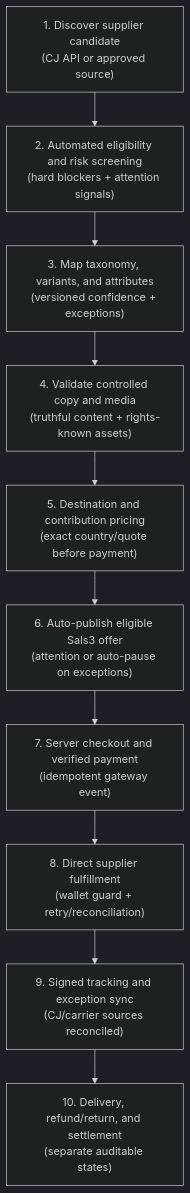
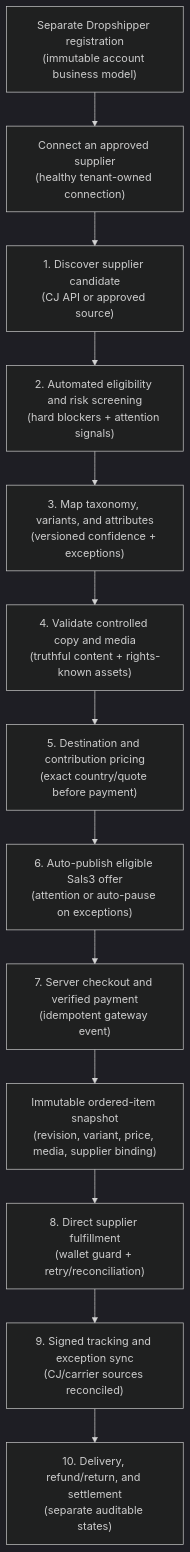
Before and after one commit to Sals3-Official/sals3-ecommerce: the first of 3 diagrams in docs/Wiki/wiki/sals3-end-to-end-process-flow.md, drawn with Mermaid (dark theme). The commit also changed other lines of this file and 14 other files, not shown here.

First line of the commit message:
docs(architecture): define supplier app flows

````diff
--- a/docs/Wiki/wiki/sals3-end-to-end-process-flow.md
+++ b/docs/Wiki/wiki/sals3-end-to-end-process-flow.md
@@ -36,12 +39,15 @@
 ```mermaid
 graph TD
-    Step1["1. Discover supplier candidate<br/>(CJ API or approved source)"] --> Step2["2. Automated eligibility and risk screening<br/>(hard blockers + attention signals)"]
+    Account["Separate Dropshipper registration<br/>(immutable account business model)"] --> Connect["Connect an approved supplier<br/>(healthy tenant-owned connection)"]
+    Connect --> Step1["1. Discover supplier candidate<br/>(CJ API or approved source)"]
+    Step1 --> Step2["2. Automated eligibility and risk screening<br/>(hard blockers + attention signals)"]
     Step2 --> Step3["3. Map taxonomy, variants, and attributes<br/>(versioned confidence + exceptions)"]
     Step3 --> Step4["4. Validate controlled copy and media<br/>(truthful content + rights-known assets)"]
     Step4 --> Step5["5. Destination and contribution pricing<br/>(exact country/quote before payment)"]
     Step5 --> Step6["6. Auto-publish eligible Sals3 offer<br/>(attention or auto-pause on exceptions)"]
     Step6 --> Step7["7. Server checkout and verified payment<br/>(idempotent gateway event)"]
-    Step7 --> Step8["8. Direct supplier fulfillment<br/>(wallet guard + retry/reconciliation)"]
+    Step7 --> Lock["Immutable ordered-item snapshot<br/>(revision, variant, price, media, supplier binding)"]
+    Lock --> Step8["8. Direct supplier fulfillment<br/>(wallet guard + retry/reconciliation)"]
     Step8 --> Step9["9. Signed tracking and exception sync<br/>(CJ/carrier sources reconciled)"]
     Step9 --> Step10["10. Delivery, refund/return, and settlement<br/>(separate auditable states)"]
 ```
````
